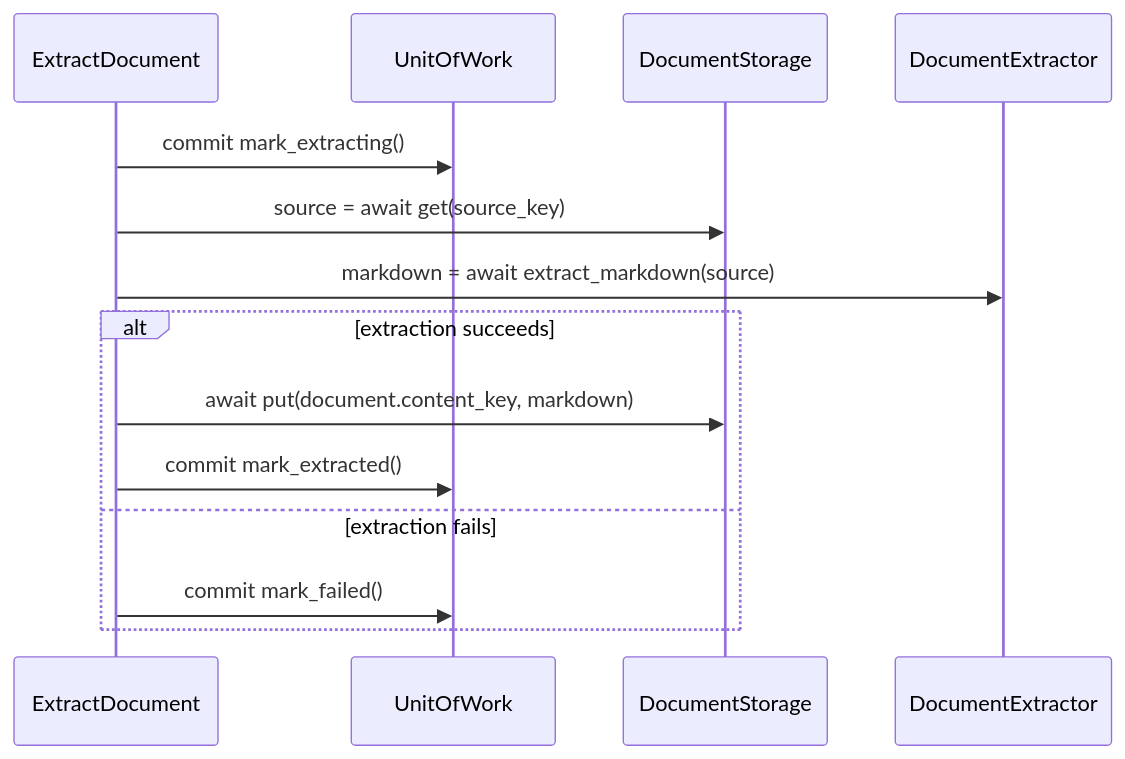
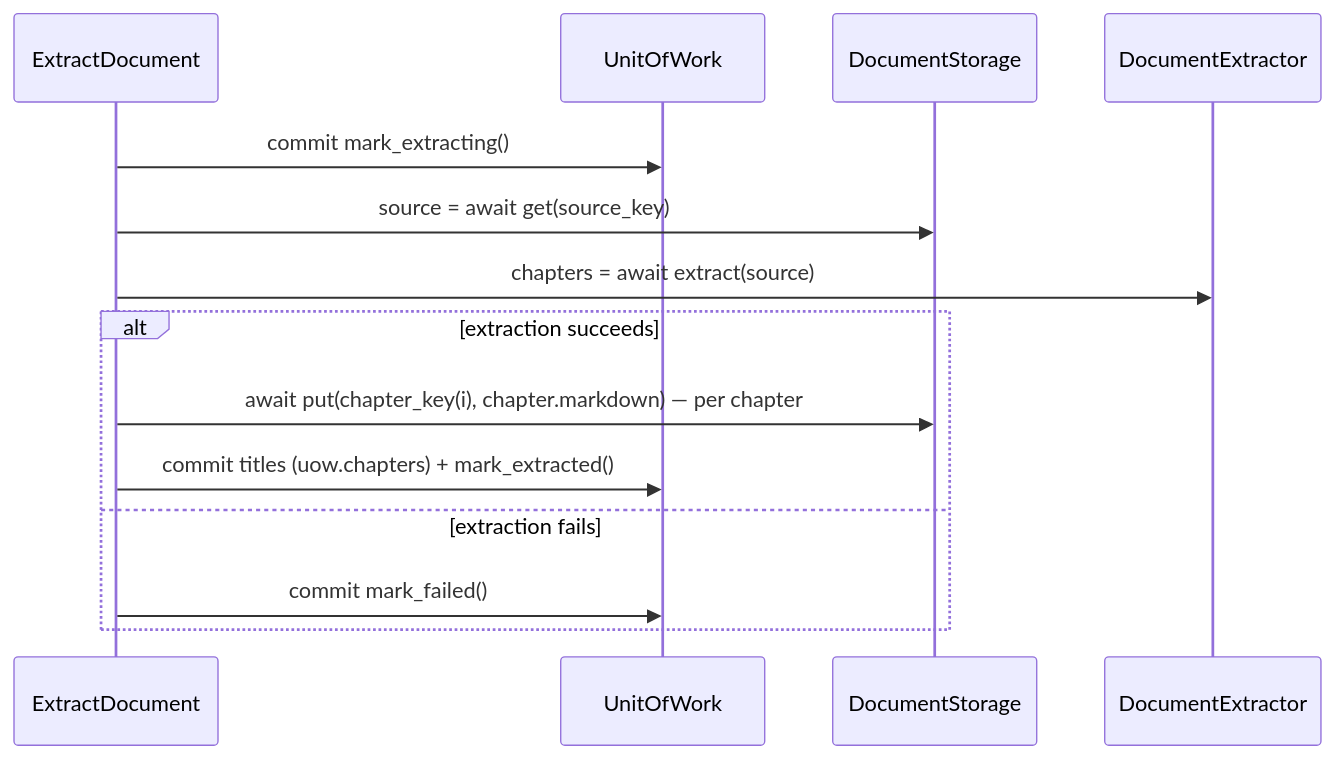
Before and after one commit to jacogro13/Cicero: the fifth of 9 diagrams in docs/architecture.md, drawn with Mermaid. The commit also changed other lines of this file, not shown here.

Commit message:
docs(architecture): chapters read model and the reader read side (ADR-021)

````diff
--- a/docs/architecture.md
+++ b/docs/architecture.md
@@ -242,16 +253,16 @@
 ```mermaid
 sequenceDiagram
     participant U as ExtractDocument
     participant W as UnitOfWork
     participant S as DocumentStorage
     participant E as DocumentExtractor
     U->>W: commit mark_extracting()
     U->>S: source = await get(source_key)
-    U->>E: markdown = await extract_markdown(source)
+    U->>E: chapters = await extract(source)
     alt extraction succeeds
-        U->>S: await put(document.content_key, markdown)
-        U->>W: commit mark_extracted()
+        U->>S: await put(chapter_key(i), chapter.markdown) — per chapter
+        U->>W: commit titles (uow.chapters) + mark_extracted()
     else extraction fails
         U->>W: commit mark_failed()
     end
 ```
````
